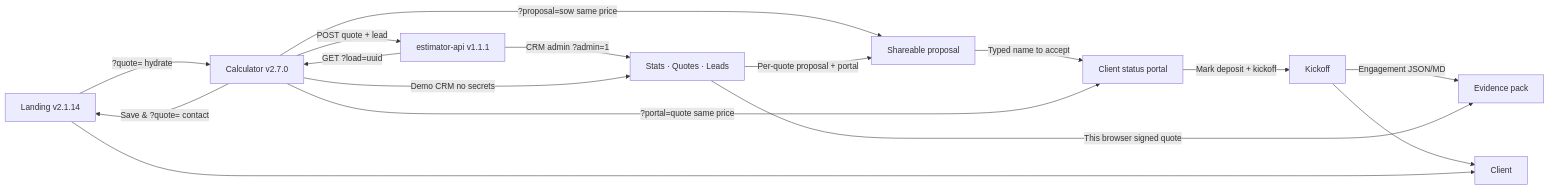
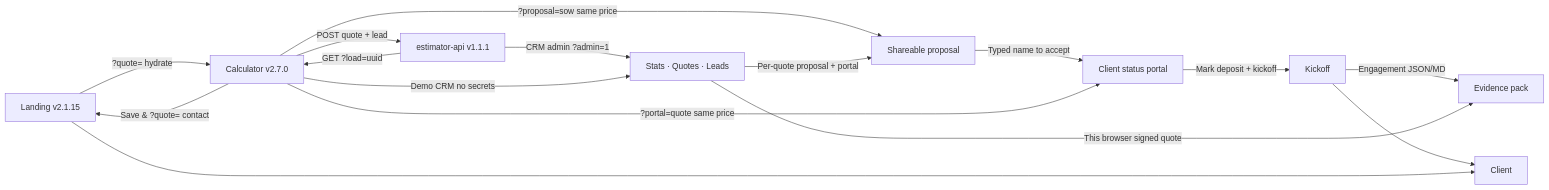
The diagram in README.md (pixellayer7-jpg/pixellayer7-jpg), drawn with Mermaid before and after one commit. The commit also changed other lines of this file and 2 other files, not shown here.

````diff
--- a/README.md
+++ b/README.md
@@ -19,18 +19,18 @@
 ```mermaid
 flowchart LR
-  A[Landing v2.1.14] -->|?quote= hydrate| B[Calculator v2.7.0]
+  A[Landing v2.1.15] -->|?quote= hydrate| B[Calculator v2.7.0]
   B -->|Save & ?quote= contact| A
   B -->|?proposal=sow same price| R[Shareable proposal]
   R -->|Typed name to accept| P[Client status portal]
   P -->|Mark deposit + kickoff| K[Kickoff]
   K -->|Engagement JSON/MD| X[Evidence pack]
   B -->|?portal=quote same price| P
   B -->|POST quote + lead| D[estimator-api v1.1.1]
   D -->|CRM admin ?admin=1| E[Stats · Quotes · Leads]
   B -->|Demo CRM no secrets| E
   E -->|This browser signed quote| X
   E -->|Per-quote proposal + portal| R
   K --> F[Client]
   D -->|GET ?load=uuid| B
   A --> F[Client]
 ```
````
